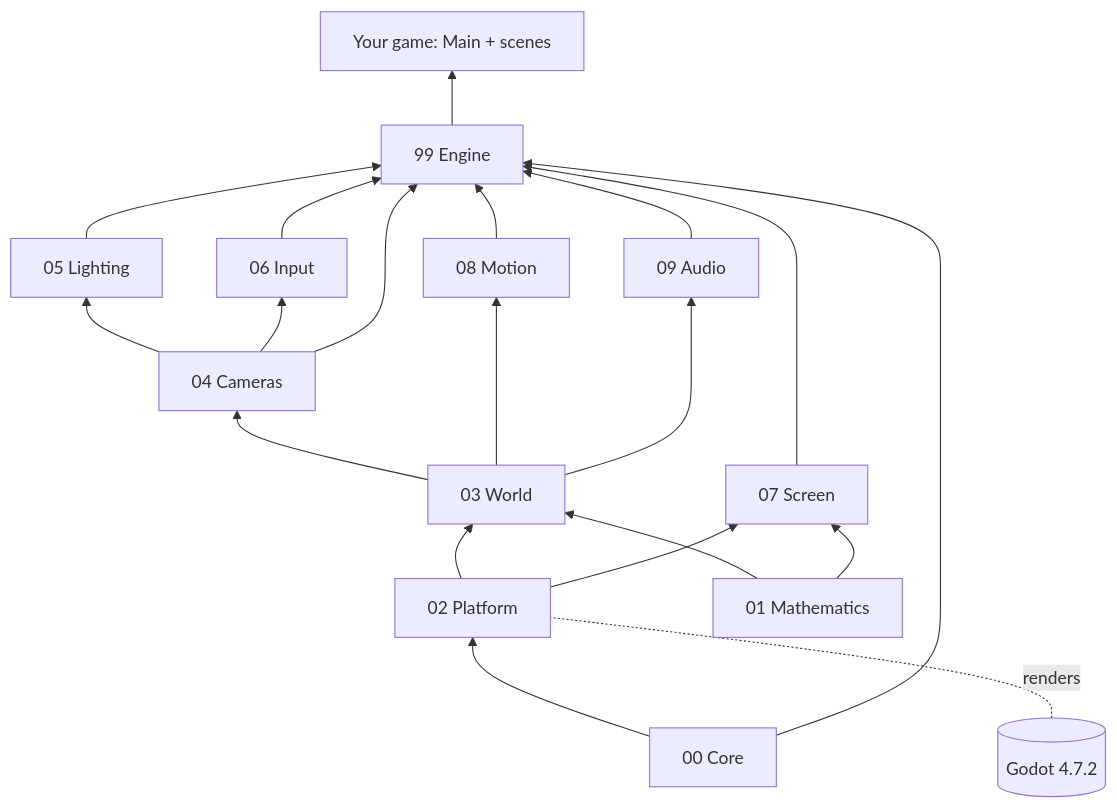
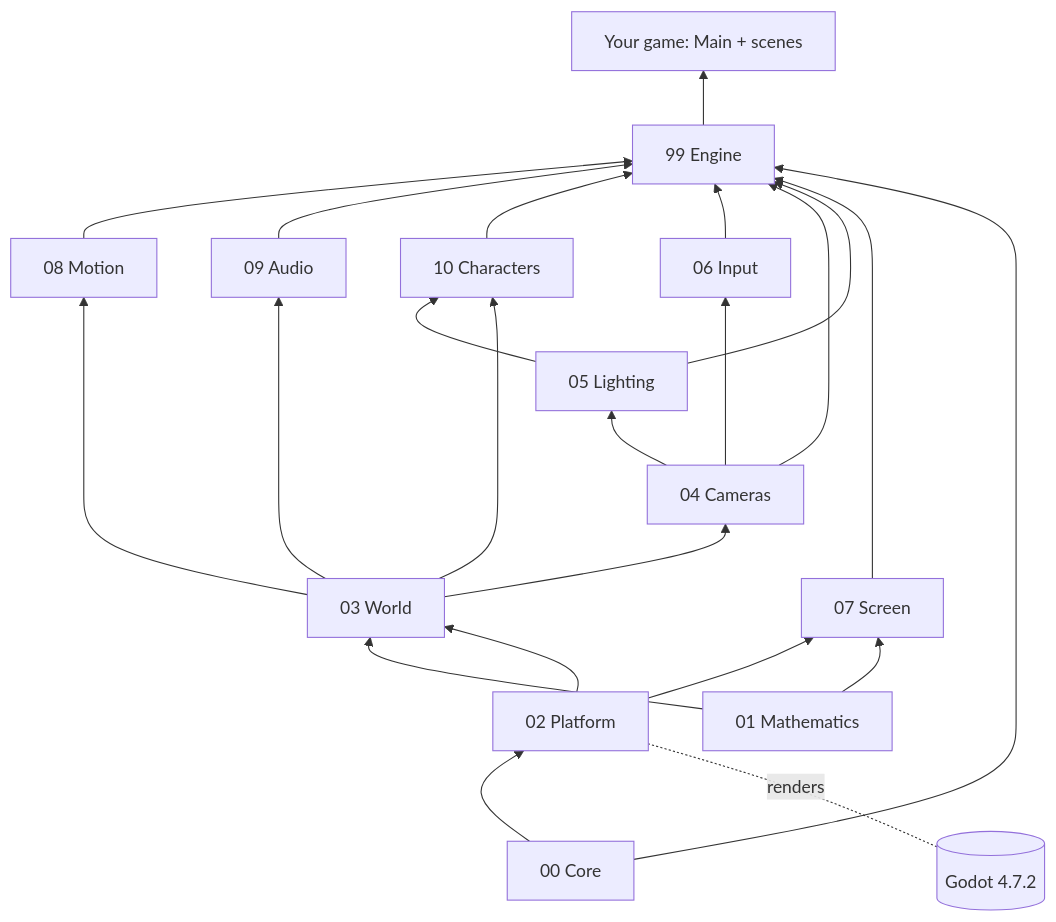
Before and after one commit to ThatEvilGuy-237/MyGameFrameWork: the diagram in documents/Architecture/Architecture Overview.md, drawn with Mermaid. The commit also changed other lines of this file and 74 other files, not shown here.

````diff
--- a/documents/Architecture/Architecture Overview.md
+++ b/documents/Architecture/Architecture Overview.md
@@ -31,22 +32,25 @@
 ```mermaid
 flowchart BT
   core[00 Core] --> platform[02 Platform]
   math[01 Mathematics] --> world[03 World]
   platform --> world
   platform --> screen[07 Screen]
   math --> screen
   world --> cameras[04 Cameras]
   cameras --> lighting[05 Lighting]
   cameras --> input[06 Input]
   world --> motion[08 Motion]
   motion --> engine[99 Engine]
   world --> audio[09 Audio]
   audio --> engine
+  lighting --> characters[10 Characters]
+  world --> characters
+  characters --> engine
   input --> engine
   cameras --> engine
   lighting --> engine
   screen --> engine
   core --> engine
   engine --> game[Your game: Main + scenes]
   godot[(Godot 4.7.2)] -.renders.- platform
 ```
````
